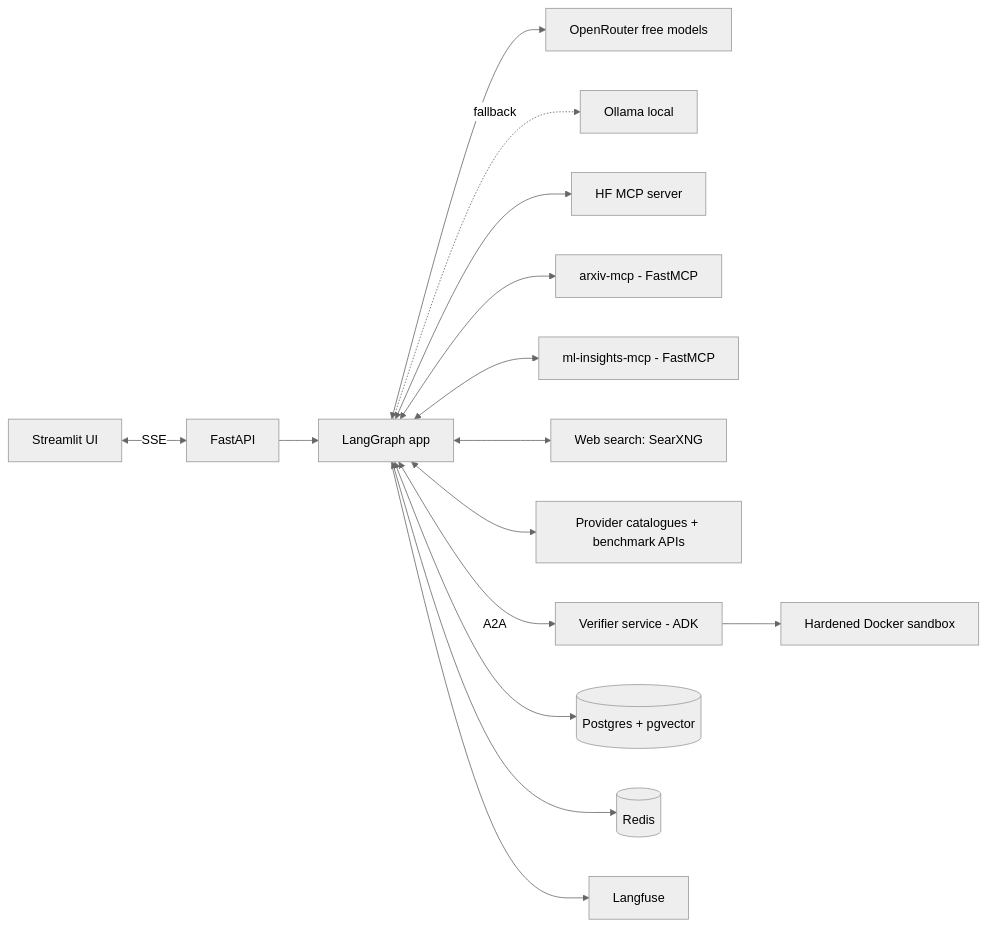
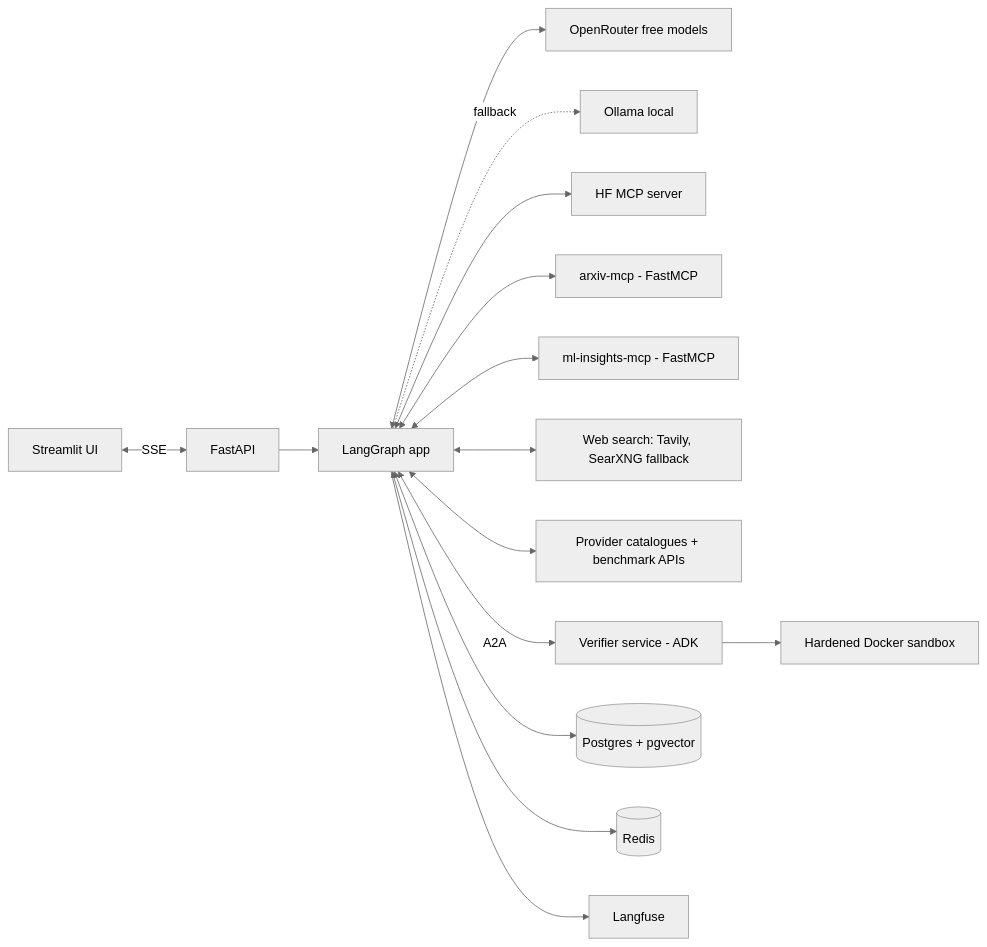
The second of 3 diagrams in docs/HubScout_Project_Card.md (2910Abhishek/HubScout), drawn with Mermaid (neutral theme) before and after one commit. The commit also changed other lines of this file and 6 other files, not shown here.

First line of the commit message:
refactor: replace Semantic Scholar with Tavily web search

````diff
--- a/docs/HubScout_Project_Card.md
+++ b/docs/HubScout_Project_Card.md
@@ -303,17 +303,17 @@
 ```mermaid
 flowchart LR
     UI[Streamlit UI] <-->|SSE| API[FastAPI]
     API --> LG[LangGraph app]
     LG <--> OR[OpenRouter free models]
     LG -.fallback.-> OL[Ollama local]
     LG <--> HFMCP[HF MCP server]
     LG <--> AX[arxiv-mcp - FastMCP]
     LG <--> MI[ml-insights-mcp - FastMCP]
-    LG <--> WSR[Web search: SearXNG]
+    LG <--> WSR[Web search: Tavily, SearXNG fallback]
     LG <--> CAT[Provider catalogues + benchmark APIs]
     LG <-->|A2A| VER[Verifier service - ADK]
     VER --> SB[Hardened Docker sandbox]
     LG <--> PG[(Postgres + pgvector)]
     LG <--> RD[(Redis)]
     LG --> LF[Langfuse]
 ```
````
